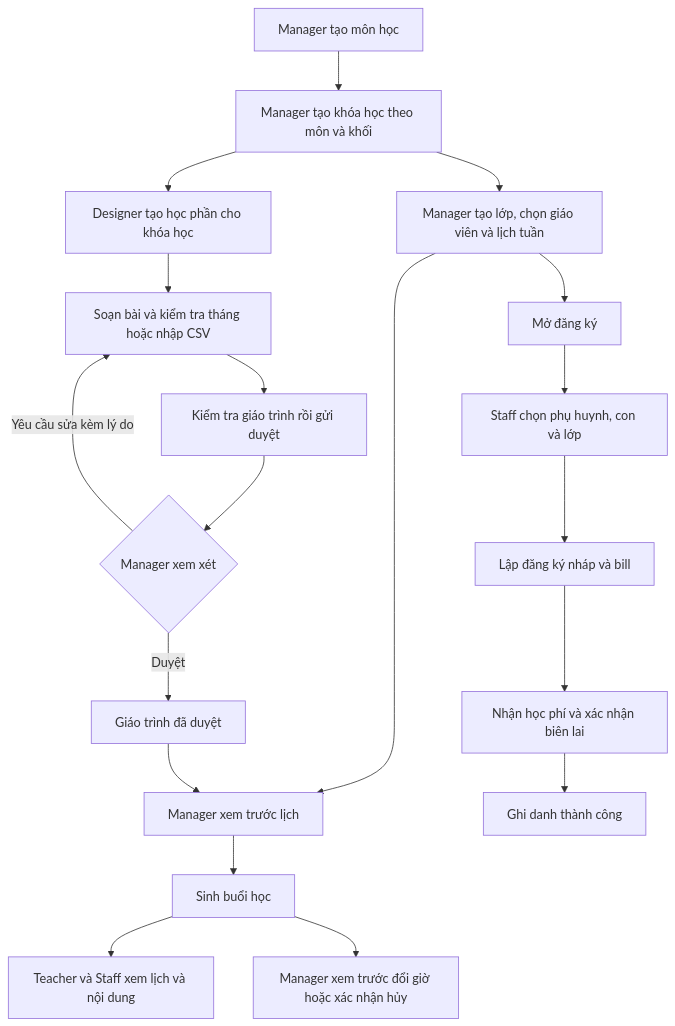
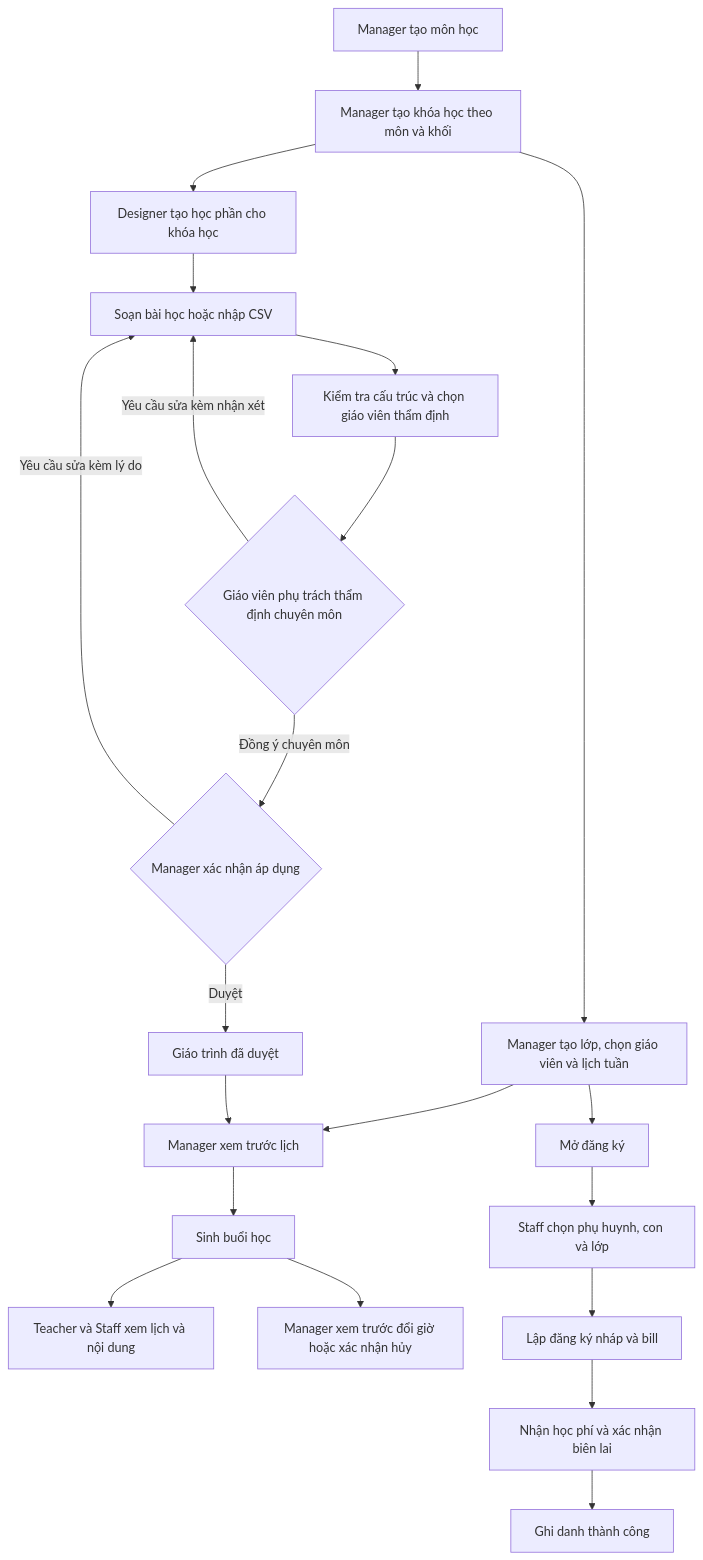
One commit to WDP301-SE1921/WDP301-FE-System changed the diagram in docs/ACADEMIC_USER_FLOW.md. Above: the diagram before and after it, drawn with Mermaid. The commit also changed other lines of this file and 5 other files, not shown here.

````diff
--- a/docs/ACADEMIC_USER_FLOW.md
+++ b/docs/ACADEMIC_USER_FLOW.md
@@ -7,21 +9,23 @@
 ```mermaid
 flowchart TD
     A[Manager tạo môn học] --> B[Manager tạo khóa học theo môn và khối]
     B --> C[Manager tạo lớp, chọn giáo viên và lịch tuần]
     B --> D[Designer tạo học phần cho khóa học]
-    D --> E[Soạn bài và kiểm tra tháng hoặc nhập CSV]
-    E --> F[Kiểm tra giáo trình rồi gửi duyệt]
-    F --> G{Manager xem xét}
+    D --> E[Soạn bài học hoặc nhập CSV]
+    E --> F[Kiểm tra cấu trúc và chọn giáo viên thẩm định]
+    F --> R{Giáo viên phụ trách thẩm định chuyên môn}
+    R -->|Yêu cầu sửa kèm nhận xét| E
+    R -->|Đồng ý chuyên môn| G{Manager xác nhận áp dụng}
     G -->|Yêu cầu sửa kèm lý do| E
     G -->|Duyệt| H[Giáo trình đã duyệt]
     C --> I[Manager xem trước lịch]
     H --> I
     I --> J[Sinh buổi học]
     J --> K[Teacher và Staff xem lịch và nội dung]
     J --> L[Manager xem trước đổi giờ hoặc xác nhận hủy]
     C --> M[Mở đăng ký]
     M --> N[Staff chọn phụ huynh, con và lớp]
     N --> O[Lập đăng ký nháp và bill]
     O --> P[Nhận học phí và xác nhận biên lai]
     P --> Q[Ghi danh thành công]
 ```
````
